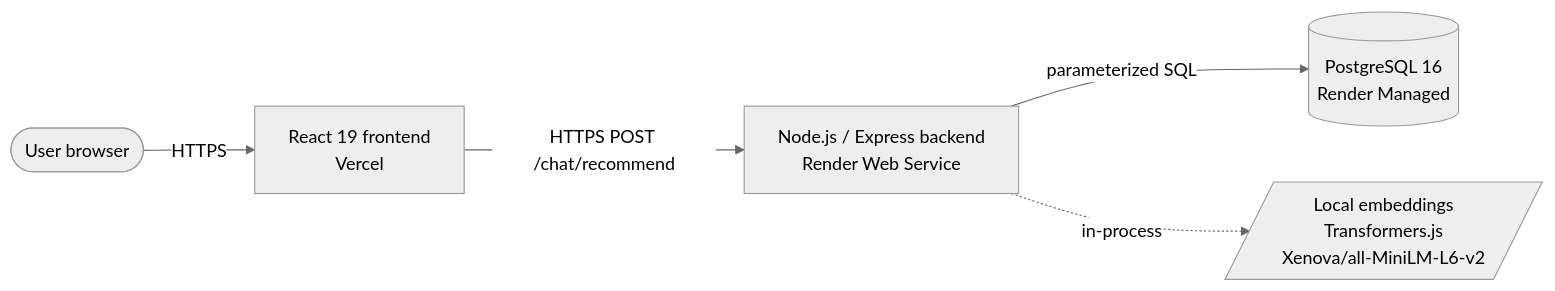
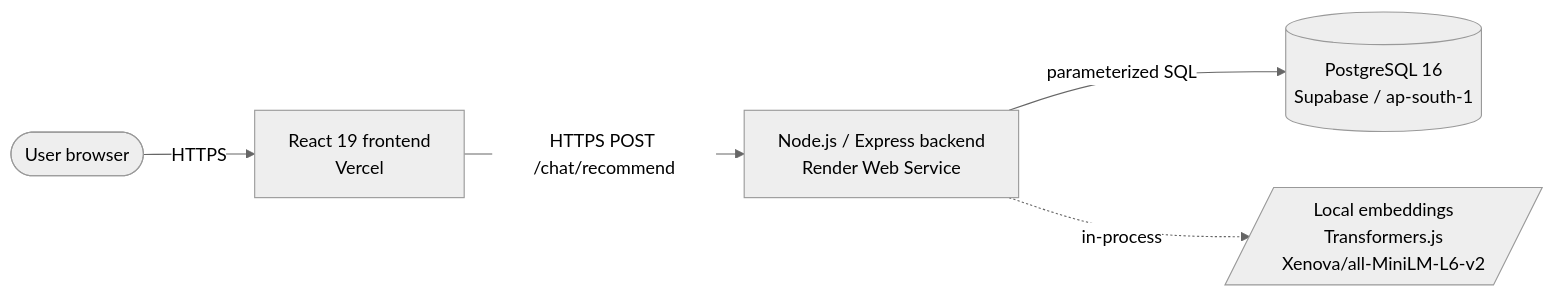
One commit to rohitanakiya/KhanaDedo changed the first of 2 diagrams in docs/ARCHITECTURE.md. Above: the diagram before and after it, drawn with Mermaid (neutral theme). The commit also changed other lines of this file and 2 other files, not shown here.

Commit message:
Refresh README + docs for Supabase; add Swiggy application draft

````diff
--- a/docs/ARCHITECTURE.md
+++ b/docs/ARCHITECTURE.md
@@ -10,13 +10,13 @@
 ```mermaid
 flowchart LR
     User([User browser])
     FE[React 19 frontend<br/>Vercel]
     BE[Node.js / Express backend<br/>Render Web Service]
-    DB[(PostgreSQL 16<br/>Render Managed)]
+    DB[(PostgreSQL 16<br/>Supabase / ap-south-1)]
     EMB[/Local embeddings<br/>Transformers.js<br/>Xenova/all-MiniLM-L6-v2/]
 
     User -->|HTTPS| FE
     FE -->|HTTPS POST /chat/recommend| BE
     BE -->|parameterized SQL| DB
     BE -.->|in-process| EMB
 ```
````
